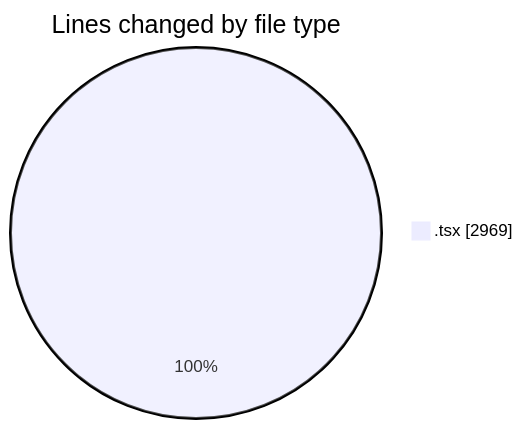
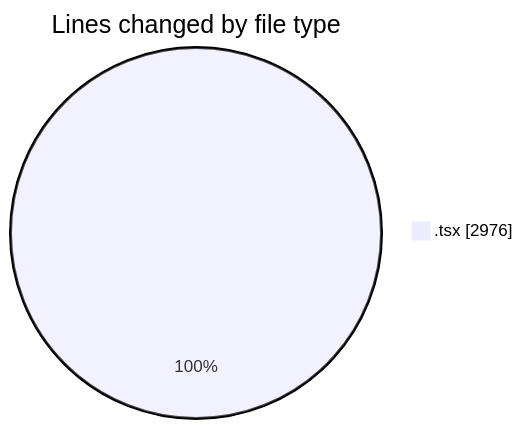
The first of 2 diagrams in 2025-11-17/cda/README.md (momahboobian/code-tracking), drawn with Mermaid before and after one commit. The commit also changed other lines of this file and 1 other file, not shown here.

````diff
--- a/2025-11-17/cda/README.md
+++ b/2025-11-17/cda/README.md
@@ -21,5 +21,5 @@
 ```mermaid
 pie showData
 title Lines changed by file type
-".tsx" : 2969
+".tsx" : 2976
 ```
````
